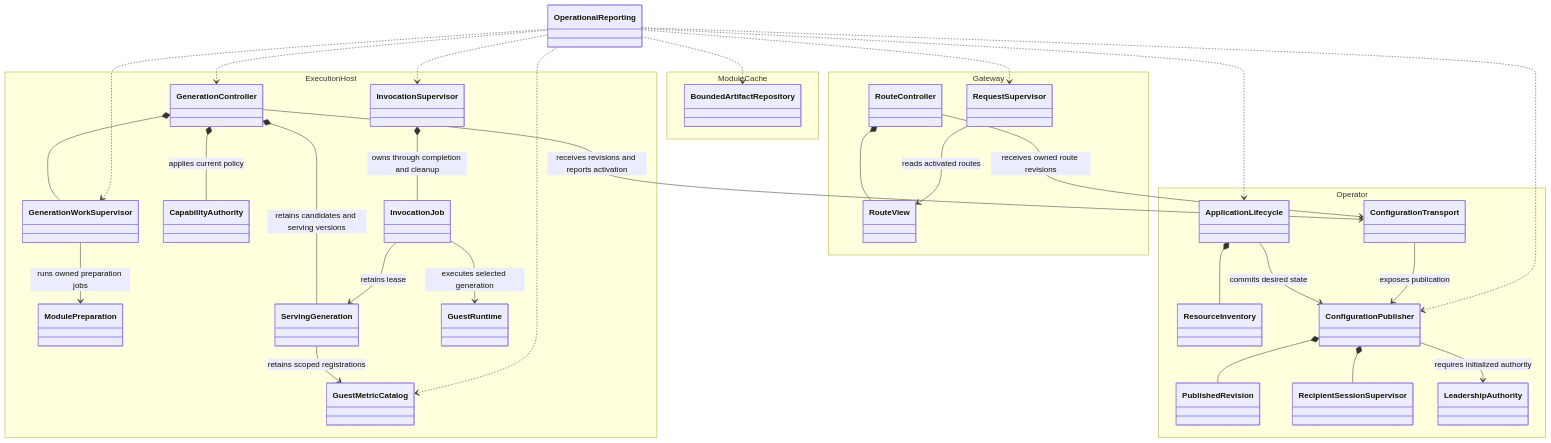
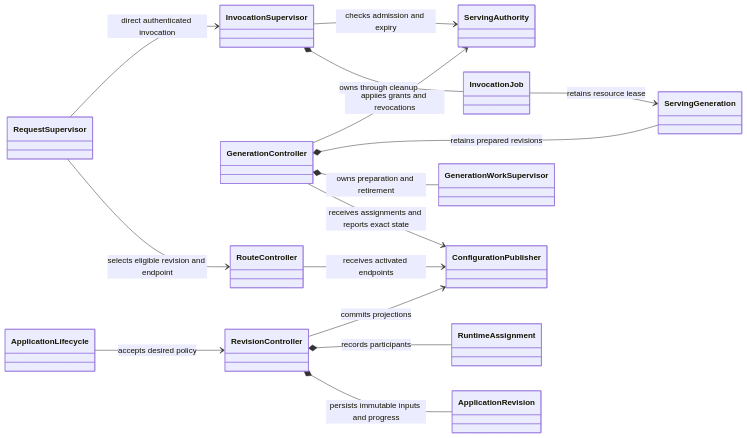
One commit to benjamin-wright/wasm-platform changed the second of 3 diagrams in docs/proposal.md. Above: the diagram before and after it, drawn with Mermaid. The commit also changed other lines of this file and 1 other file, not shown here.

````diff
--- a/docs/proposal.md
+++ b/docs/proposal.md
@@ -35,64 +77,32 @@
 ```mermaid
 classDiagram
-direction TB
+ direction LR
+ class ApplicationLifecycle
+ class RevisionController
+ class ApplicationRevision
+ class ConfigurationPublisher
+ class RuntimeAssignment
+ class GenerationController
+ class GenerationWorkSupervisor
+ class ServingGeneration
+ class InvocationSupervisor
+ class InvocationJob
+ class ServingAuthority
+ class RouteController
+ class RequestSupervisor
 
-namespace Operator {
-    class ApplicationLifecycle
-    class ResourceInventory
-    class ConfigurationPublisher
-    class PublishedRevision
-    class RecipientSessionSupervisor
-    class ConfigurationTransport
-    class LeadershipAuthority
-}
-namespace ExecutionHost {
-    class GenerationController
-    class GenerationWorkSupervisor
-    class ModulePreparation
-    class ServingGeneration
-    class CapabilityAuthority
-    class GuestMetricCatalog
-    class InvocationSupervisor
-    class InvocationJob
-    class GuestRuntime
-}
-namespace Gateway {
-    class RouteController
-    class RouteView
-    class RequestSupervisor
-}
-namespace ModuleCache {
-    class BoundedArtifactRepository
-}
-class OperationalReporting
-
-ApplicationLifecycle *-- ResourceInventory
-ApplicationLifecycle --> ConfigurationPublisher : commits desired state
-ConfigurationPublisher *-- PublishedRevision
-ConfigurationPublisher *-- RecipientSessionSupervisor
-ConfigurationPublisher --> LeadershipAuthority : requires initialized authority
-ConfigurationTransport --> ConfigurationPublisher : exposes publication
-
-GenerationController --> ConfigurationTransport : receives revisions and reports activation
-GenerationController *-- GenerationWorkSupervisor
-GenerationWorkSupervisor --> ModulePreparation : runs owned preparation jobs
-GenerationController *-- ServingGeneration : retains candidates and serving versions
-GenerationController *-- CapabilityAuthority : applies current policy
-ServingGeneration --> GuestMetricCatalog : retains scoped registrations
-InvocationSupervisor *-- InvocationJob : owns through completion and cleanup
-InvocationJob --> ServingGeneration : retains lease
-InvocationJob --> GuestRuntime : executes selected generation
-
-RouteController --> ConfigurationTransport : receives owned route revisions
-RouteController *-- RouteView
-RequestSupervisor --> RouteView : reads activated routes
-
-OperationalReporting ..> ApplicationLifecycle
-OperationalReporting ..> ConfigurationPublisher
-OperationalReporting ..> GenerationController
-OperationalReporting ..> GenerationWorkSupervisor
-OperationalReporting ..> GuestMetricCatalog
-OperationalReporting ..> InvocationSupervisor
-OperationalReporting ..> RequestSupervisor
-OperationalReporting ..> BoundedArtifactRepository
+ ApplicationLifecycle --> RevisionController : accepts desired policy
+ RevisionController *-- ApplicationRevision : persists immutable inputs and progress
+ RevisionController *-- RuntimeAssignment : records participants
+ RevisionController --> ConfigurationPublisher : commits projections
+ GenerationController --> ConfigurationPublisher : receives assignments and reports exact state
+ GenerationController *-- GenerationWorkSupervisor : owns preparation and retirement
+ GenerationController *-- ServingGeneration : retains prepared revisions
+ GenerationController --> ServingAuthority : applies grants and revocations
+ InvocationSupervisor *-- InvocationJob : owns through cleanup
+ InvocationJob --> ServingGeneration : retains resource lease
+ InvocationSupervisor --> ServingAuthority : checks admission and expiry
+ RouteController --> ConfigurationPublisher : receives activated endpoints
+ RequestSupervisor --> RouteController : selects eligible revision and endpoint
+ RequestSupervisor --> InvocationSupervisor : direct authenticated invocation
 ```
````
